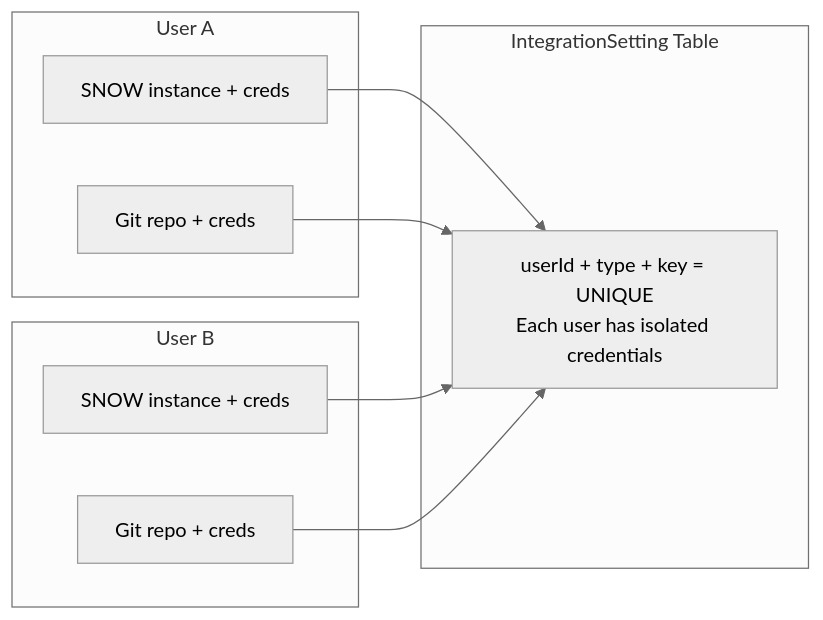
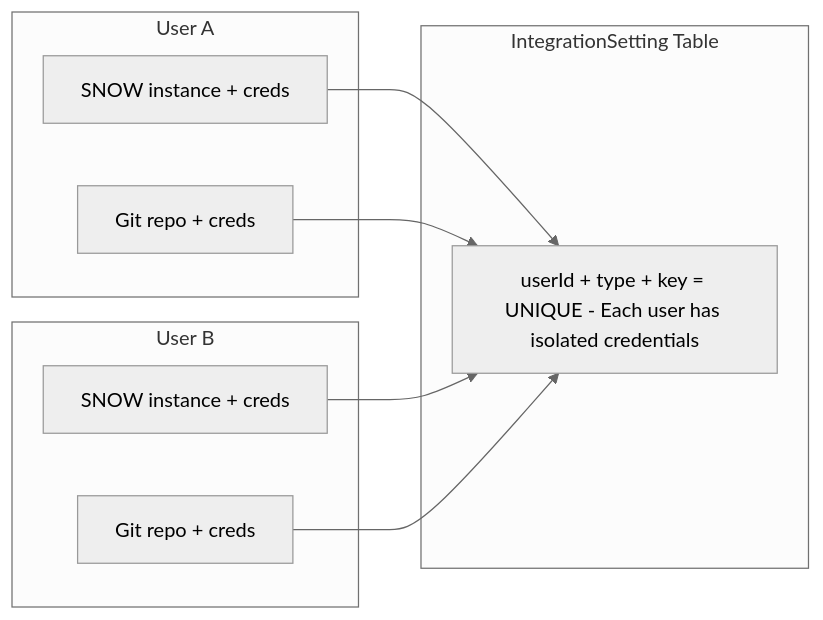
One commit to jj-shen99/changefabric changed the fourth of 4 diagrams in docs/architecture/access-control.md. Above: the diagram before and after it, drawn with Mermaid (neutral theme). The commit also changed other lines of this file and 10 other files, not shown here.

First line of the commit message:
Fix Mermaid syntax errors, update all docs to v1.3.0

````diff
--- a/docs/architecture/access-control.md
+++ b/docs/architecture/access-control.md
@@ -87,19 +87,19 @@
 ```mermaid
 flowchart LR
     subgraph "User A"
         A_SNOW[SNOW instance + creds]
         A_GIT[Git repo + creds]
     end
     subgraph "User B"
         B_SNOW[SNOW instance + creds]
         B_GIT[Git repo + creds]
     end
     subgraph "IntegrationSetting Table"
-        DB["userId + type + key = UNIQUE<br/>Each user has isolated credentials"]
+        DB["userId + type + key = UNIQUE - Each user has isolated credentials"]
     end
 
     A_SNOW --> DB
     A_GIT --> DB
     B_SNOW --> DB
     B_GIT --> DB
 ```
````
